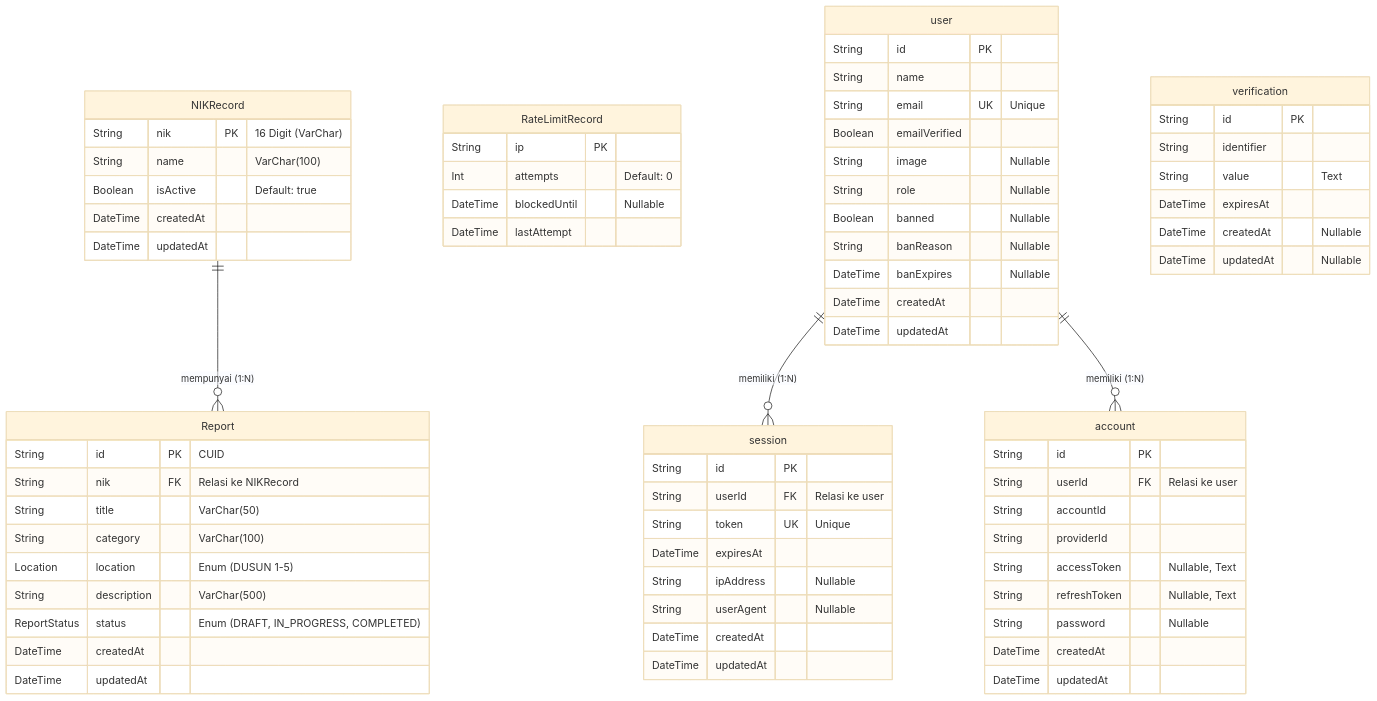
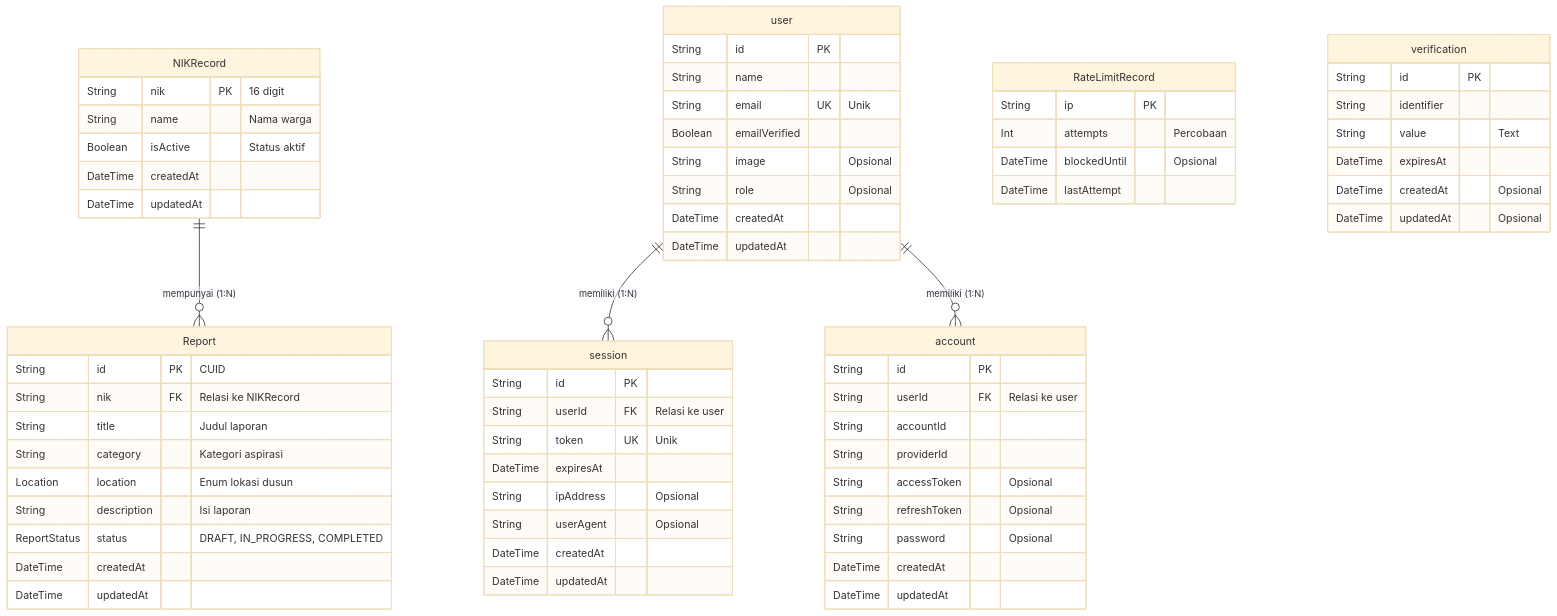
Before and after one commit to 105841109822/LASMATA: the second of 2 diagrams in README.md, drawn with Mermaid (base theme). The commit also changed other lines of this file, not shown here.

Commit message:
Rewrite README to match project flow

````diff
--- a/README.md
+++ b/README.md
@@ -167,82 +252,76 @@
 ```mermaid
 erDiagram
-    %% Tabel Utama Aplikasi
     NIKRecord ||--o{ Report : "mempunyai (1:N)"
-    
+    user ||--o{ session : "memiliki (1:N)"
+    user ||--o{ account : "memiliki (1:N)"
+
     NIKRecord {
-        String nik PK "16 Digit (VarChar)"
-        String name "VarChar(100)"
-        Boolean isActive "Default: true"
+        String nik PK "16 digit"
+        String name "Nama warga"
+        Boolean isActive "Status aktif"
         DateTime createdAt
         DateTime updatedAt
     }
 
     Report {
         String id PK "CUID"
         String nik FK "Relasi ke NIKRecord"
-        String title "VarChar(50)"
-        String category "VarChar(100)"
-        Location location "Enum (DUSUN 1-5)"
-        String description "VarChar(500)"
-        ReportStatus status "Enum (DRAFT, IN_PROGRESS, COMPLETED)"
+        String title "Judul laporan"
+        String category "Kategori aspirasi"
+        Location location "Enum lokasi dusun"
+        String description "Isi laporan"
+        ReportStatus status "DRAFT, IN_PROGRESS, COMPLETED"
         DateTime createdAt
         DateTime updatedAt
     }
 
     RateLimitRecord {
         String ip PK
-        Int attempts "Default: 0"
-        DateTime blockedUntil "Nullable"
+        Int attempts "Percobaan"
+        DateTime blockedUntil "Opsional"
         DateTime lastAttempt
     }
-
-    %% Tabel Autentikasi (Better Auth)
-    user ||--o{ session : "memiliki (1:N)"
-    user ||--o{ account : "memiliki (1:N)"
 
     user {
         String id PK
         String name
-        String email UK "Unique"
+        String email UK "Unik"
         Boolean emailVerified
-        String image "Nullable"
-        String role "Nullable"
-        Boolean banned "Nullable"
-        String banReason "Nullable"
-        DateTime banExpires "Nullable"
+        String image "Opsional"
+        String role "Opsional"
         DateTime createdAt
         DateTime updatedAt
     }
 
     session {
         String id PK
         String userId FK "Relasi ke user"
-        String token UK "Unique"
+        String token UK "Unik"
         DateTime expiresAt
-        String ipAddress "Nullable"
-        String userAgent "Nullable"
+        String ipAddress "Opsional"
+        String userAgent "Opsional"
         DateTime createdAt
         DateTime updatedAt
     }
 
     account {
         String id PK
         String userId FK "Relasi ke user"
         String accountId
         String providerId
-        String accessToken "Nullable, Text"
-        String refreshToken "Nullable, Text"
-        String password "Nullable"
+        String accessToken "Opsional"
+        String refreshToken "Opsional"
+        String password "Opsional"
         DateTime createdAt
         DateTime updatedAt
     }
 
     verification {
         String id PK
         String identifier
         String value "Text"
         DateTime expiresAt
-        DateTime createdAt "Nullable"
-        DateTime updatedAt "Nullable"
+        DateTime createdAt "Opsional"
+        DateTime updatedAt "Opsional"
     }
 ```
````
